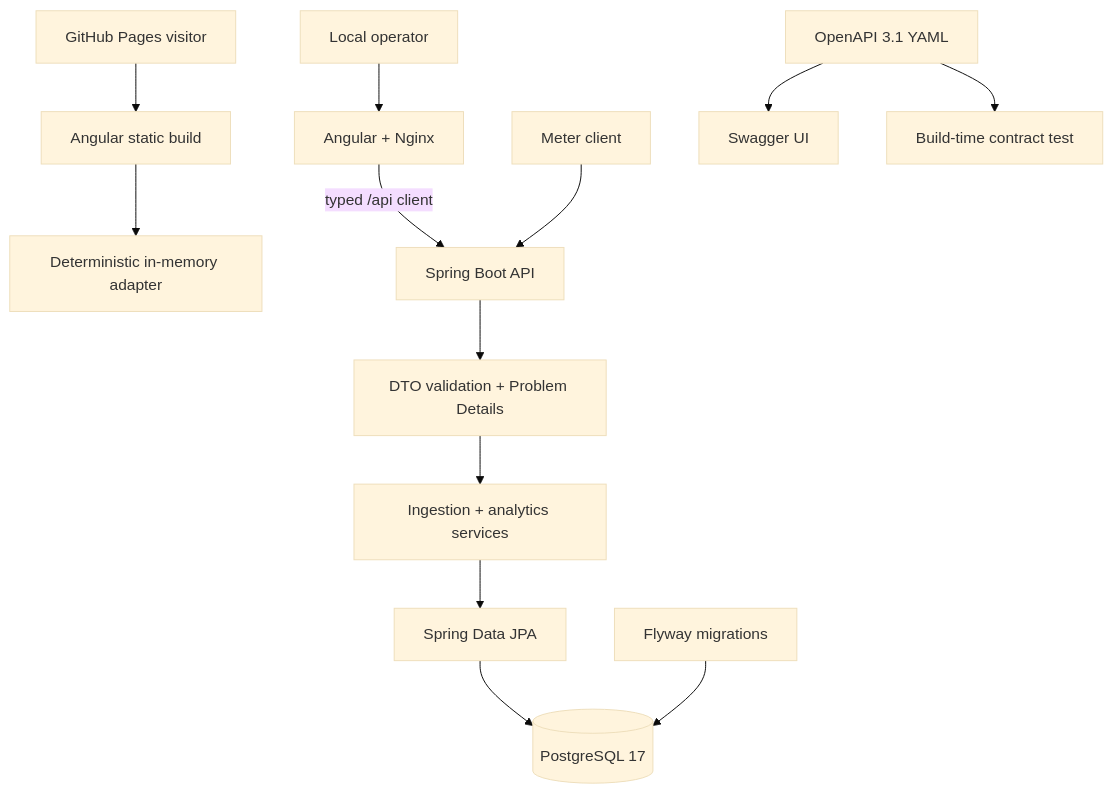
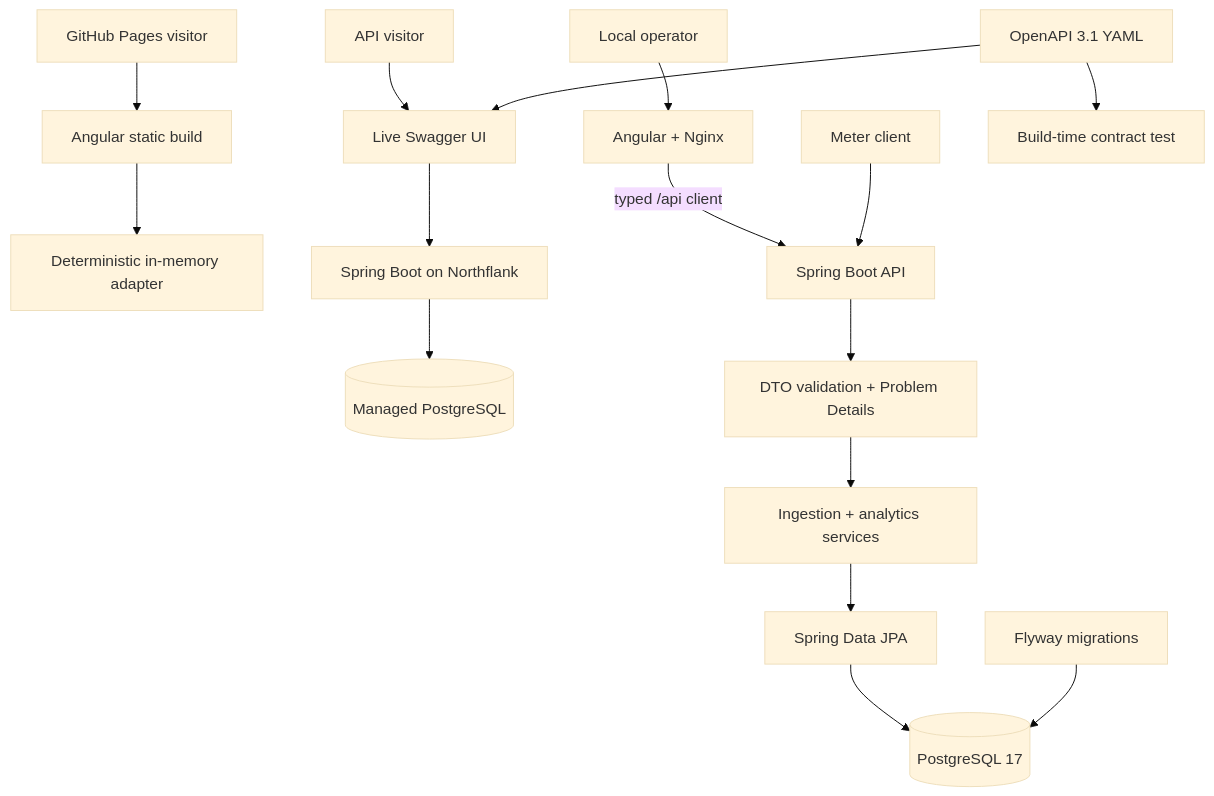
Before and after one commit to General-Iroh32/smart-grid-energy-api: the diagram in README.md, drawn with Mermaid (base theme). The commit also changed other lines of this file and 1 other file, not shown here.

Commit message:
docs: publish live smart grid API demo

````diff
--- a/README.md
+++ b/README.md
@@ -50,16 +58,20 @@
 ```mermaid
 flowchart TB
     Visitor[GitHub Pages visitor] --> Static[Angular static build]
     Static --> Demo[Deterministic in-memory adapter]
+
+    APIVisitor[API visitor] --> Swagger[Live Swagger UI]
+    Swagger --> HostedAPI[Spring Boot on Northflank]
+    HostedAPI --> HostedDB[(Managed PostgreSQL)]
 
     Operator[Local operator] --> UI[Angular + Nginx]
     UI -->|typed /api client| API[Spring Boot API]
     Meter[Meter client] --> API
     API --> Validation[DTO validation + Problem Details]
     Validation --> Services[Ingestion + analytics services]
     Services --> Repositories[Spring Data JPA]
     Repositories --> DB[(PostgreSQL 17)]
     Flyway[Flyway migrations] --> DB
-    Contract[OpenAPI 3.1 YAML] --> Swagger[Swagger UI]
+    Contract[OpenAPI 3.1 YAML] --> Swagger
     Contract --> ContractTest[Build-time contract test]
 ```
````
